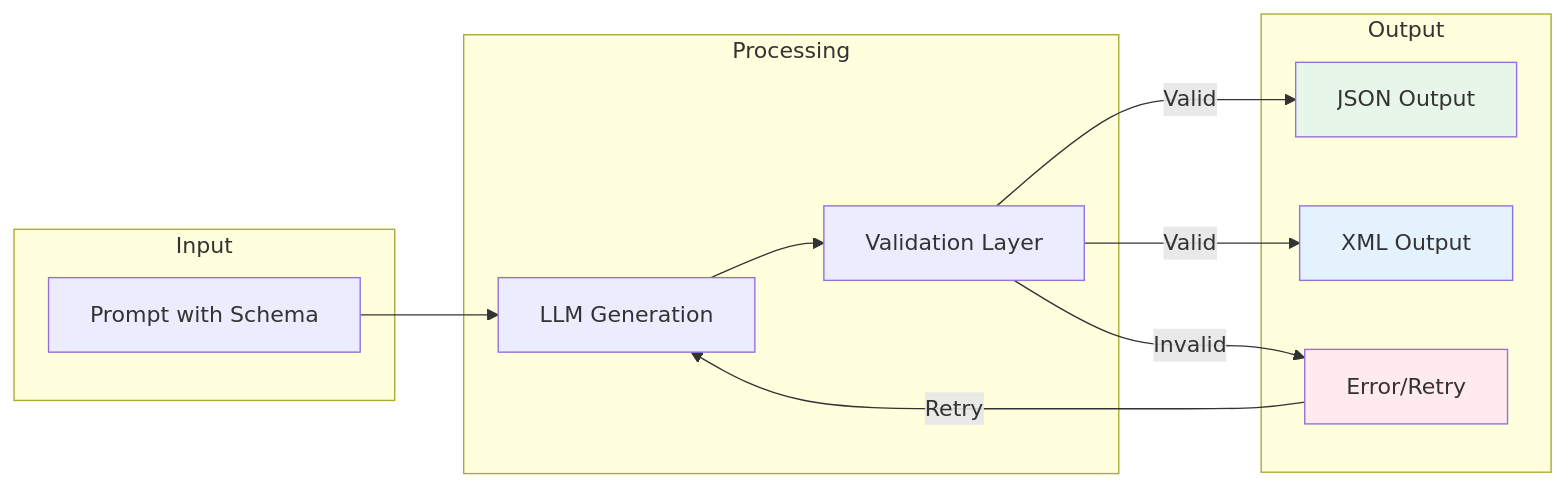
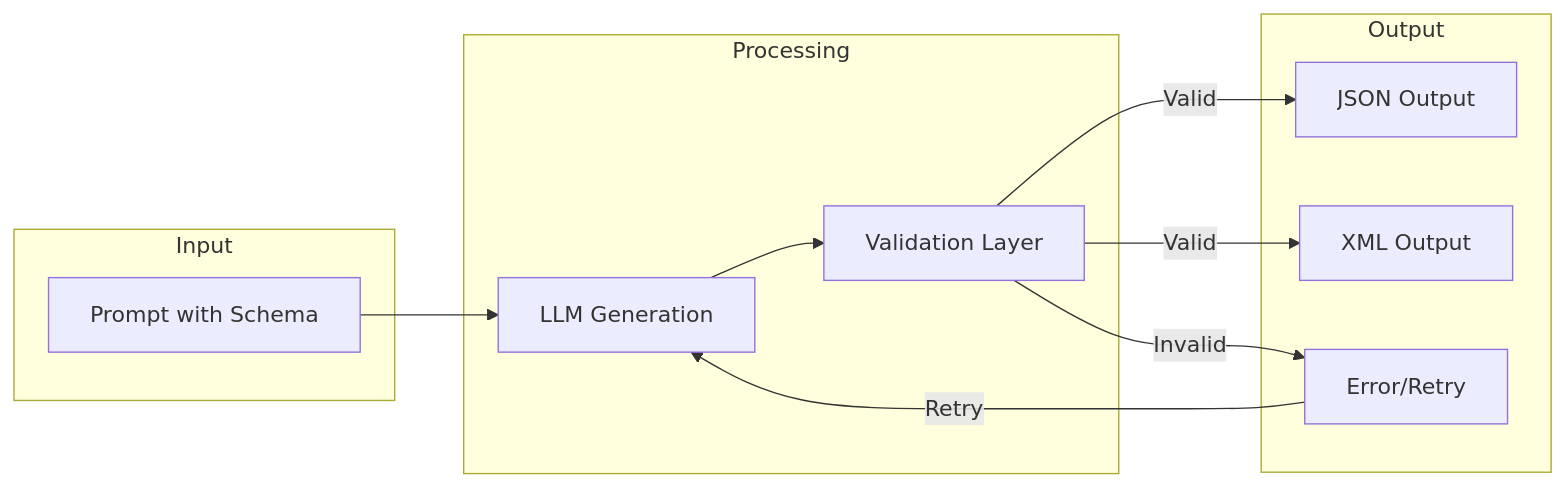
The fourth of 4 diagrams in 04-agents-tools-en.md (yuexiaoliang/prompt-engineering-learning), drawn with Mermaid before and after one commit. The commit also changed other lines of this file and 9 other files, not shown here.

First line of the commit message:
fix(prompt-engineering): remove hardcoded mermaid fill styles for theme auto-adaptation

````diff
--- a/04-agents-tools-en.md
+++ b/04-agents-tools-en.md
@@ -650,28 +642,24 @@
 ```mermaid
 flowchart LR
     subgraph Input
         P[Prompt with Schema]
     end
 
     subgraph Processing
         LLM[LLM Generation]
         V[Validation Layer]
     end
 
     subgraph Output
         J[JSON Output]
         X[XML Output]
         E[Error/Retry]
     end
 
     P --> LLM
     LLM --> V
     V -->|Valid| J
     V -->|Valid| X
     V -->|Invalid| E
     E -->|Retry| LLM
-
-    style J fill:#e8f5e9
-    style X fill:#e3f2fd
-    style E fill:#ffebee
 ```
````
